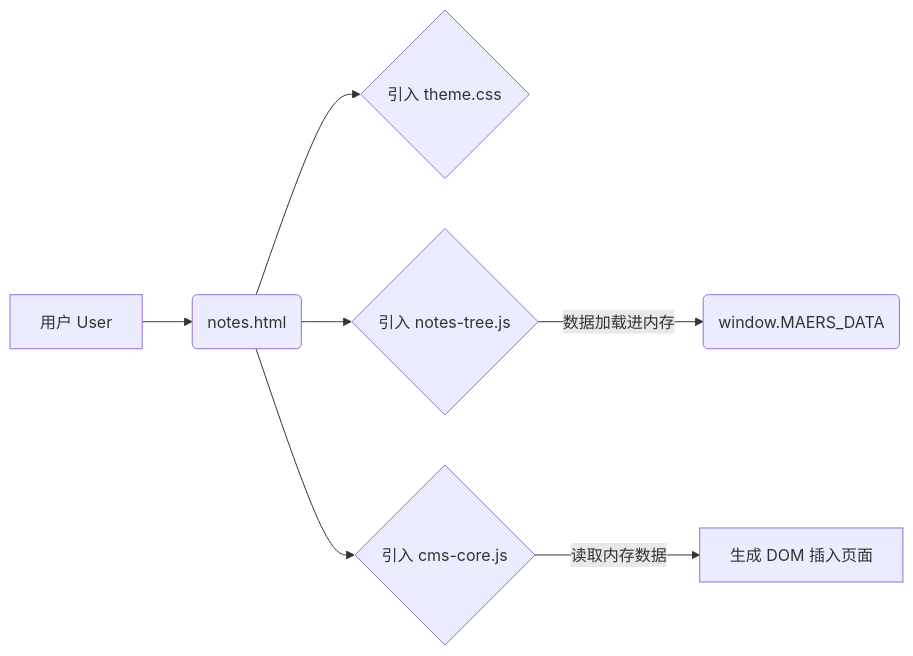
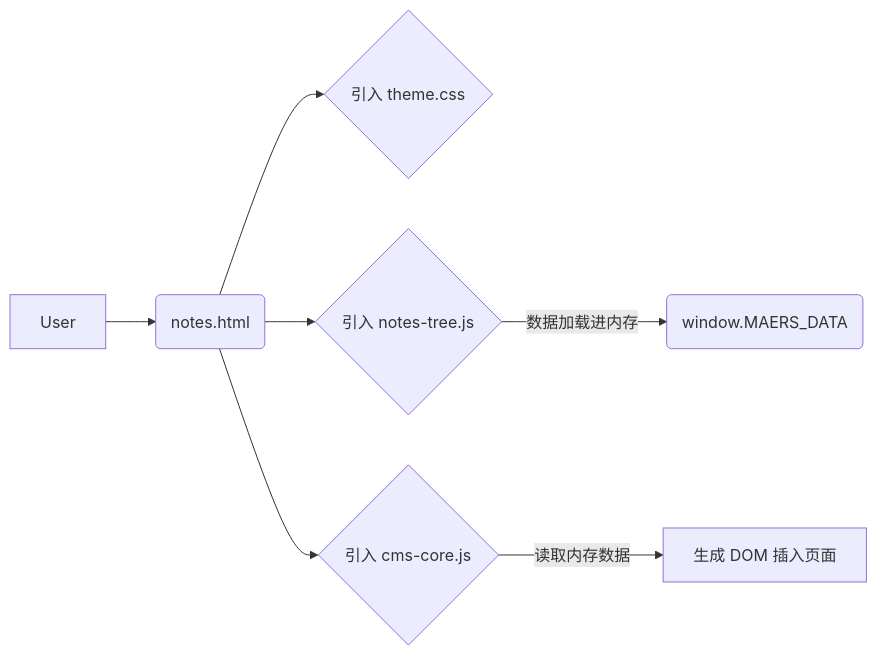
The first of 2 diagrams in _说明/项目说明书.md (MAERS05/MAERS-Public-Web), drawn with Mermaid before and after one commit. The commit also changed other lines of this file and 25 other files, not shown here.

````diff
--- a/_说明/项目说明书.md
+++ b/_说明/项目说明书.md
@@ -242,9 +243,9 @@
 ```mermaid
 graph LR
-A[用户 User] --> B(notes.html)
+A[ User] --> B(notes.html)
 B --> C{引入 theme.css}
 B --> D{引入 notes-tree.js}
 D -- 数据加载进内存 --> E(window.MAERS_DATA)
 B --> F{引入 cms-core.js}
 F -- 读取内存数据 --> G[生成 DOM 插入页面]
 ```
````
